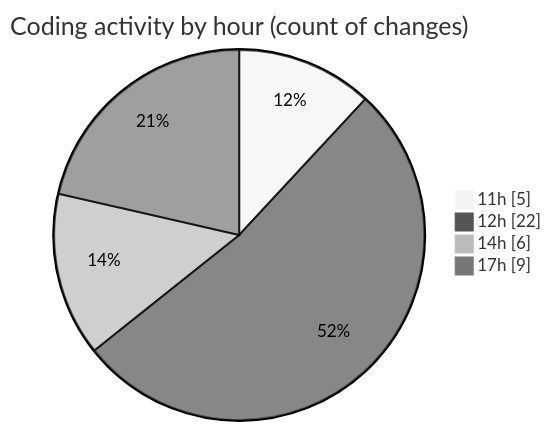
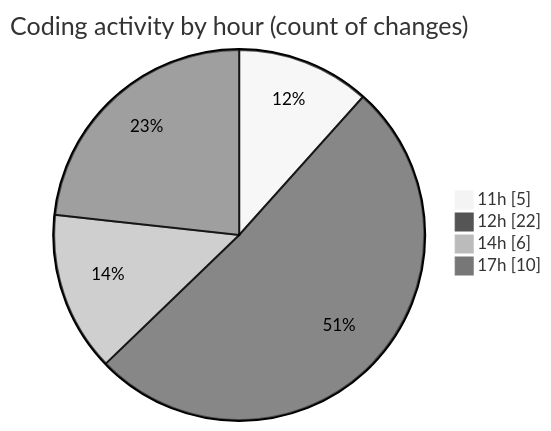
Before and after one commit to nxtqubesakshisongat/code-tracking: the second of 2 diagrams in 2026-01-19/nxtqube_webapp/README.md, drawn with Mermaid (neutral theme). The commit also changed other lines of this file and 1 other file, not shown here.

````diff
--- a/2026-01-19/nxtqube_webapp/README.md
+++ b/2026-01-19/nxtqube_webapp/README.md
@@ -36,8 +36,8 @@
 ```mermaid
 pie showData
 title Coding activity by hour (count of changes)
 "11h" : 5
 "12h" : 22
 "14h" : 6
-"17h" : 9
+"17h" : 10
 ```
````
